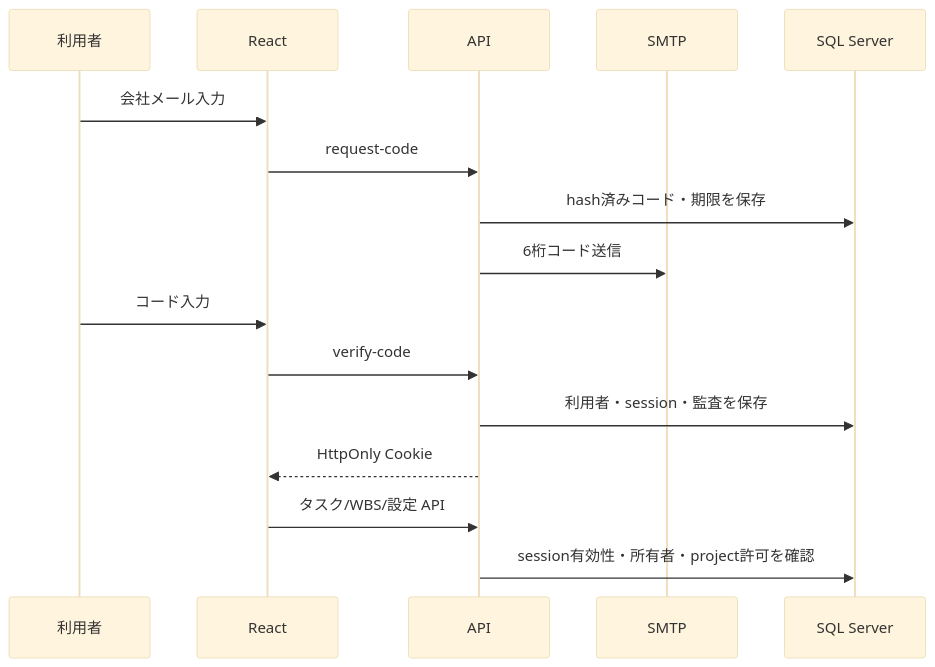
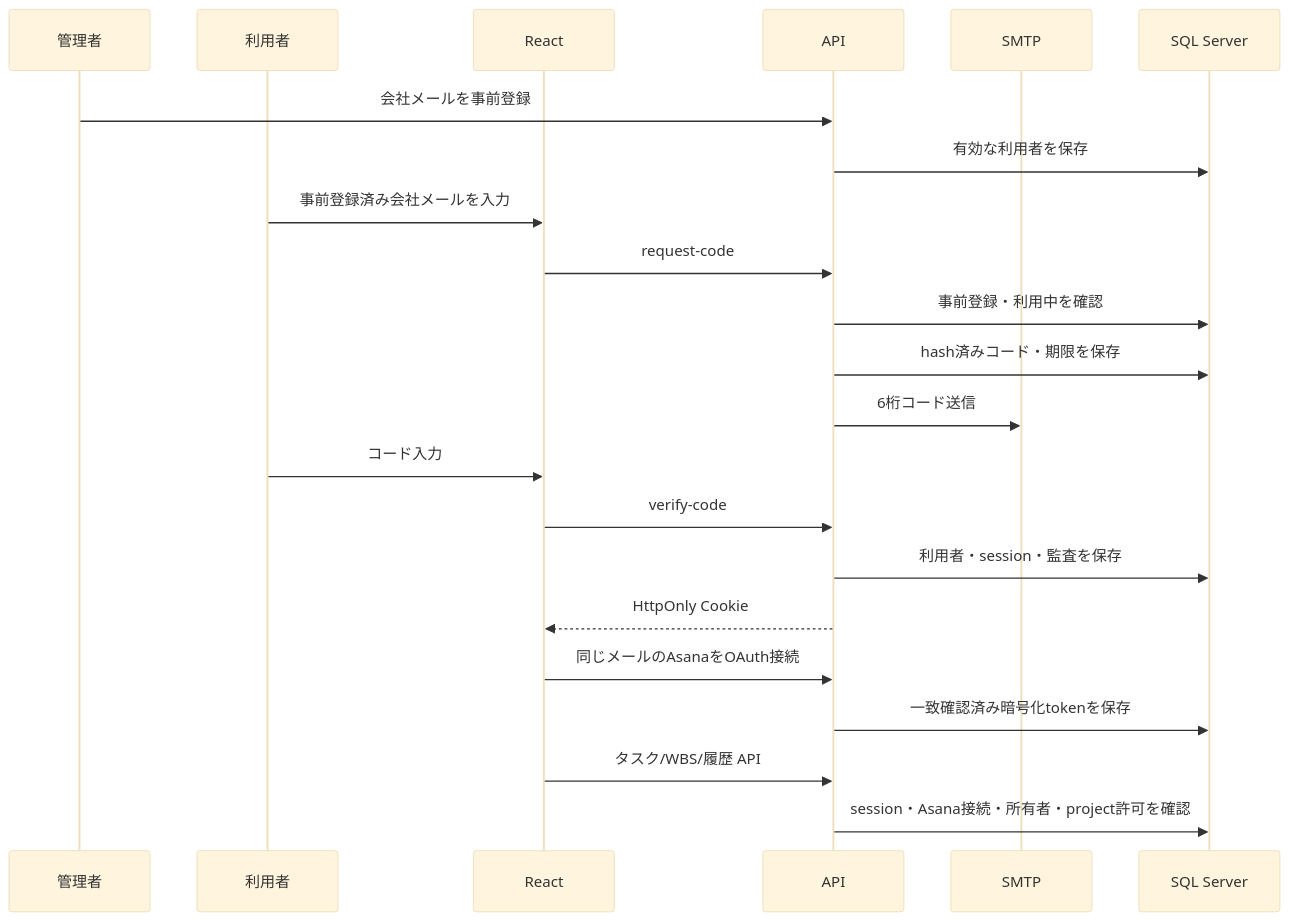
The third of 4 diagrams in ARCHITECTURE.md (onishichimaki/Asana_App), drawn with Mermaid (base theme) before and after one commit. The commit also changed other lines of this file and 25 other files, not shown here.

````diff
--- a/ARCHITECTURE.md
+++ b/ARCHITECTURE.md
@@ -122,18 +122,24 @@
 ```mermaid
 sequenceDiagram
+    participant Admin as 管理者
     participant U as 利用者
     participant W as React
     participant A as API
     participant M as SMTP
     participant D as SQL Server
-    U->>W: 会社メール入力
+    Admin->>A: 会社メールを事前登録
+    A->>D: 有効な利用者を保存
+    U->>W: 事前登録済み会社メールを入力
     W->>A: request-code
+    A->>D: 事前登録・利用中を確認
     A->>D: hash済みコード・期限を保存
     A->>M: 6桁コード送信
     U->>W: コード入力
     W->>A: verify-code
     A->>D: 利用者・session・監査を保存
     A-->>W: HttpOnly Cookie
-    W->>A: タスク/WBS/設定 API
-    A->>D: session有効性・所有者・project許可を確認
+    W->>A: 同じメールのAsanaをOAuth接続
+    A->>D: 一致確認済み暗号化tokenを保存
+    W->>A: タスク/WBS/履歴 API
+    A->>D: session・Asana接続・所有者・project許可を確認
 ```
````
